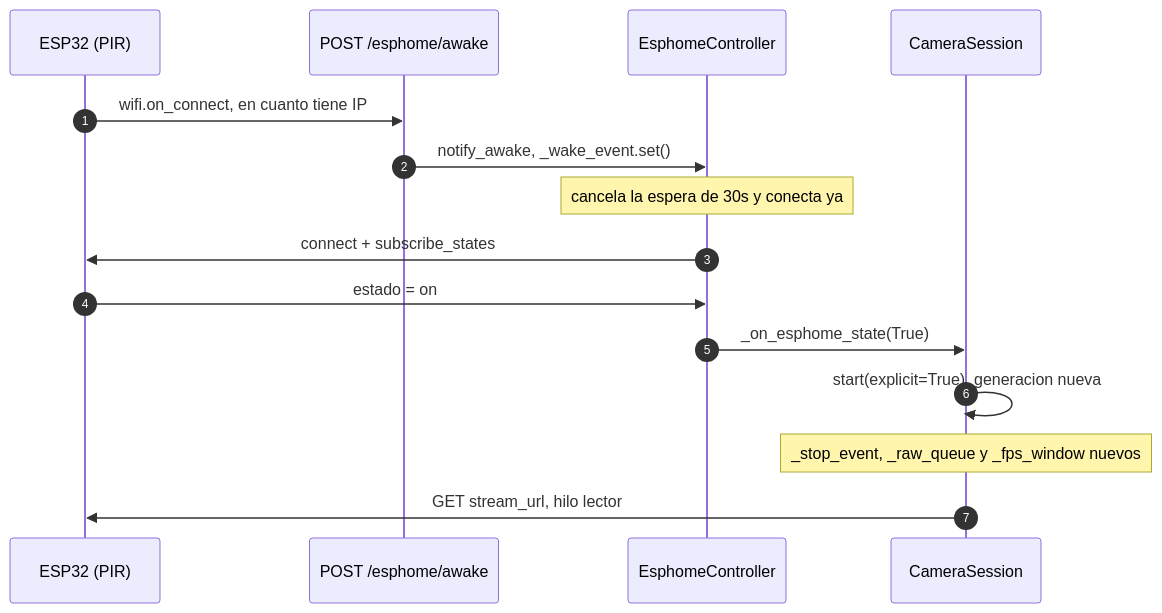
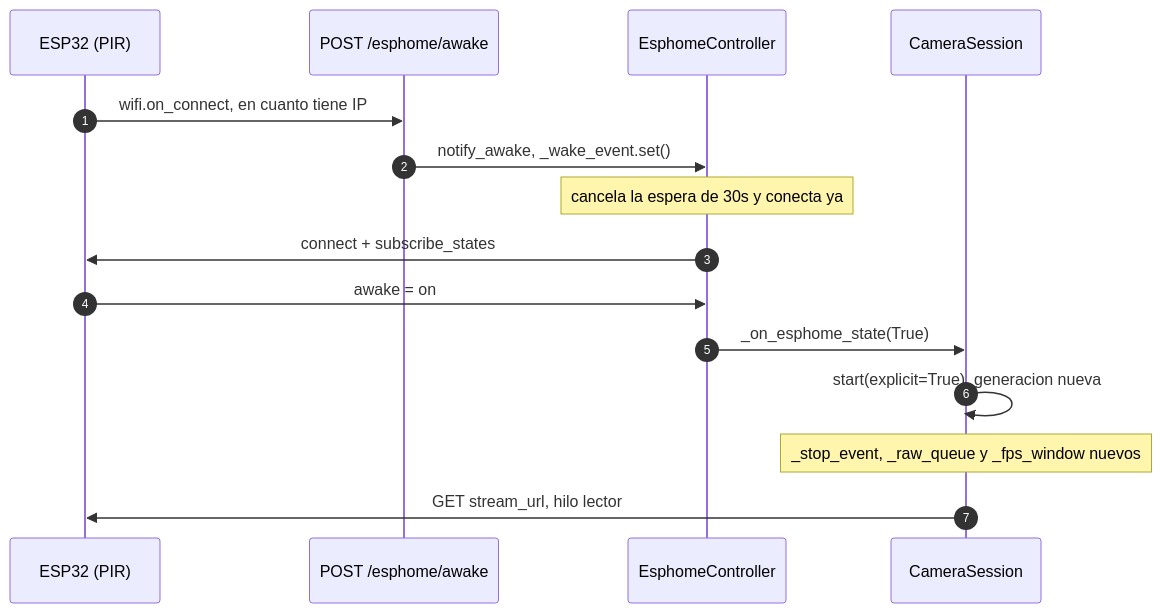
The third of 3 diagrams in detect/docs/CICLO-DE-VIDA.md (buho29/smart-sentry), drawn with Mermaid before and after one commit. The commit also changed other lines of this file and 16 other files, not shown here.

````diff
--- a/detect/docs/CICLO-DE-VIDA.md
+++ b/detect/docs/CICLO-DE-VIDA.md
@@ -235,18 +235,18 @@
 ```mermaid
 sequenceDiagram
     autonumber
     participant ESP as ESP32 (PIR)
     participant API as POST /esphome/awake
     participant EC as EsphomeController
     participant S as CameraSession
 
     ESP->>API: wifi.on_connect, en cuanto tiene IP
     API->>EC: notify_awake, _wake_event.set()
     Note over EC: cancela la espera de 30s y conecta ya
     EC->>ESP: connect + subscribe_states
-    ESP->>EC: estado = on
+    ESP->>EC: awake = on
     EC->>S: _on_esphome_state(True)
     S->>S: start(explicit=True), generacion nueva
     Note over S: _stop_event, _raw_queue y _fps_window nuevos
     S->>ESP: GET stream_url, hilo lector
 ```
````
